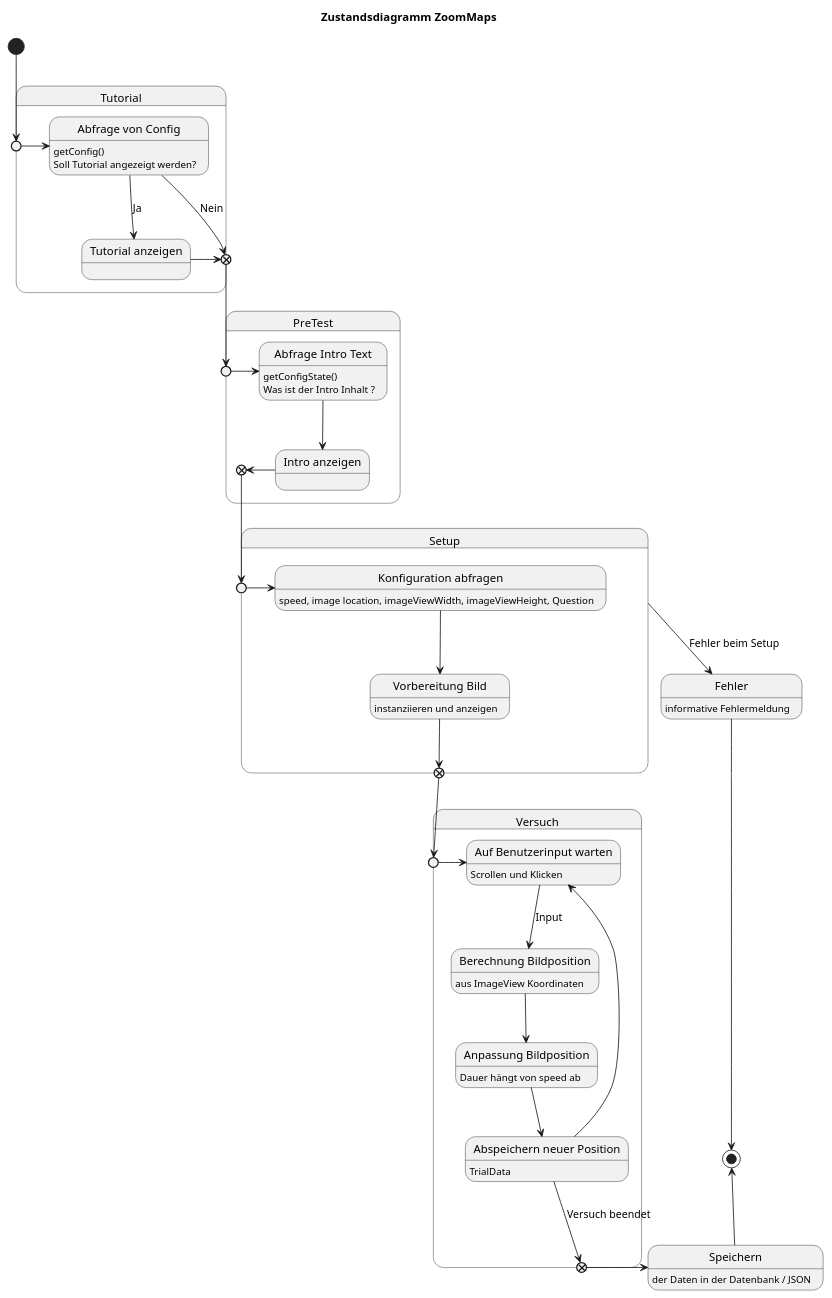
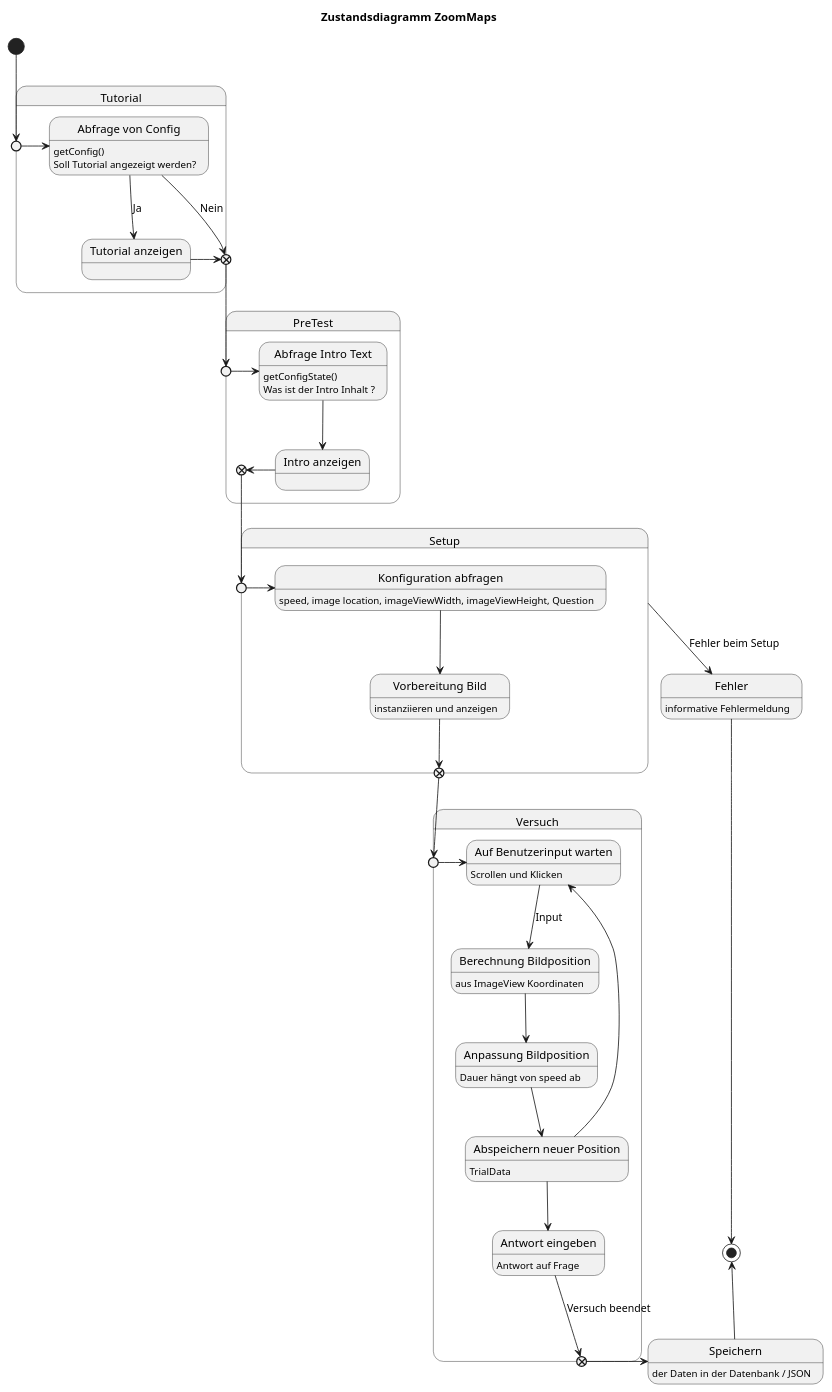
One commit to weichware-10/dokumente changed the diagram in uml-state/zoommaps/zustand-zoommaps.puml. Above: the diagram before and after it, drawn with PlantUML. The commit also changed 1 other file, not shown here.

```diff
--- a/uml-state/zoommaps/zustand-zoommaps.puml
+++ b/uml-state/zoommaps/zustand-zoommaps.puml
@@ -1,64 +1,66 @@
 @startuml zoommaps
 title Zustandsdiagramm ZoomMaps
 state "Fehler" as err : informative Fehlermeldung
 state Speichern : der Daten in der Datenbank / JSON
 
 state "Tutorial" as t {
     state " " as tnp <<entryPoint>>
     state " " as txp <<exitPoint>>
     state "Abfrage von Config" as ac : getConfig()\nSoll Tutorial angezeigt werden?
     state "Tutorial anzeigen" as ta
     tnp -l-> ac
     ac --> ta : Ja
     ac --> txp : Nein
     ta -r-> txp
 }
 
 state "PreTest" as p {
     state " " as pnp <<entryPoint>>
     state " " as pxp <<exitPoint>>
     state "Abfrage Intro Text" as it : getConfigState()\nWas ist der Intro Inhalt ?
     state "Intro anzeigen" as ia
     pnp -l-> it
     it --> ia
     ia -r-> pxp
 }
 
 state "Setup" as s {
     state " " as snp <<entryPoint>>
     state " " as sxp <<exitPoint>>
     state "Konfiguration abfragen" as ka : speed, image location, imageViewWidth, imageViewHeight, Question
     state "Vorbereitung Bild" as vb : instanziieren und anzeigen
     snp -l-> ka
     ka --> vb
     vb -d-> sxp
 }
 
 
 state "Versuch" as v {
     state " " as vnp <<entryPoint>>
     state " " as vxp <<exitPoint>>
     state "Auf Benutzerinput warten" as bi : Scrollen und Klicken
     state "Berechnung Bildposition" as bb : aus ImageView Koordinaten
     state "Anpassung Bildposition" as ab : Dauer hängt von speed ab
     state "Abspeichern neuer Position" as ap : TrialData
+    state "Antwort eingeben" as ae : Antwort auf Frage
     vnp -l-> bi
     bi --> bb : Input
     bb --> ab
     ab --> ap
     ap --> bi
-    ap -d-> vxp : Versuch beendet
+    ap --> ae
+    ae -d-> vxp : Versuch beendet
 }
 
 s --> err : Fehler beim Setup
 [*] --> tnp
 
 txp --> pnp
 pxp --> snp
 sxp --> vnp
 vxp -r-> Speichern
 
 Speichern -u-> [*]
 err -d-> [*]
 
 @enduml
```
